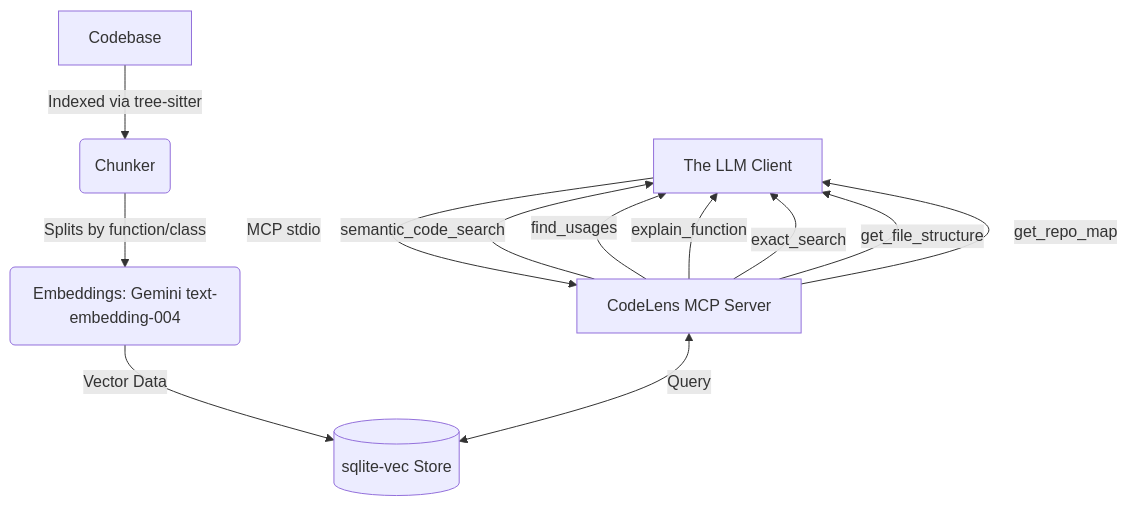
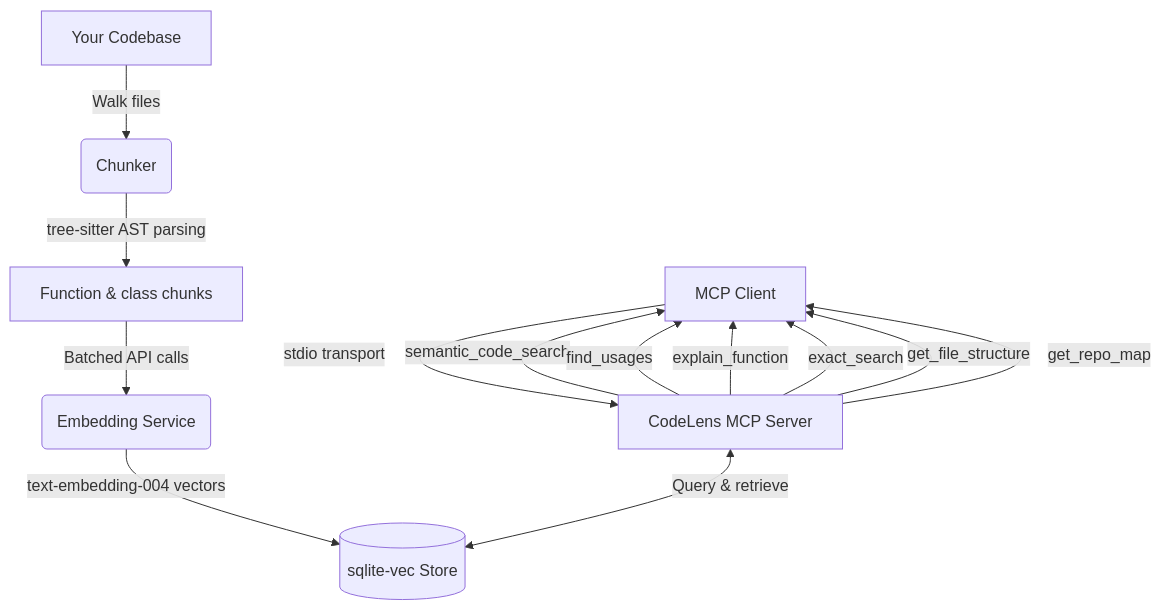
One commit to devprashant19/CodeLens_MCP changed the diagram in README.md. Above: the diagram before and after it, drawn with Mermaid. The commit also changed other lines of this file and 2 other files, not shown here.

````diff
--- a/README.md
+++ b/README.md
@@ -7,14 +32,17 @@
 ```mermaid
 graph TD
-    A[Codebase] -->|Indexed via tree-sitter| B(Chunker)
-    B -->|Splits by function/class| C(Embeddings: Gemini text-embedding-004)
-    C -->|Vector Data| D[(sqlite-vec Store)]
-    E[The LLM Client] -->|MCP stdio| F[CodeLens MCP Server]
-    F <-->|Query| D
-    F -->|semantic_code_search| E
-    F -->|find_usages| E
-    F -->|explain_function| E
-    F -->|exact_search| E
-    F -->|get_file_structure| E
-    F -->|get_repo_map| E
+    A[Your Codebase] -->|Walk files| B(Chunker)
+    B -->|tree-sitter AST parsing| C[Function & class chunks]
+    C -->|Batched API calls| D(Embedding Service)
+    D -->|text-embedding-004 vectors| E[(sqlite-vec Store)]
+
+    F[MCP Client] -->|stdio transport| G[CodeLens MCP Server]
+    G <-->|Query & retrieve| E
+
+    G -->|semantic_code_search| F
+    G -->|find_usages| F
+    G -->|explain_function| F
+    G -->|exact_search| F
+    G -->|get_file_structure| F
+    G -->|get_repo_map| F
 ```
````
